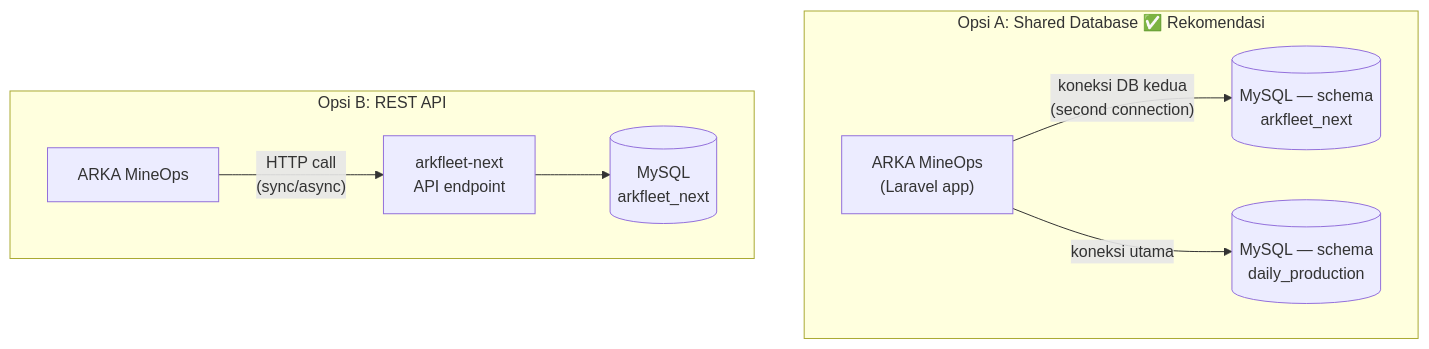
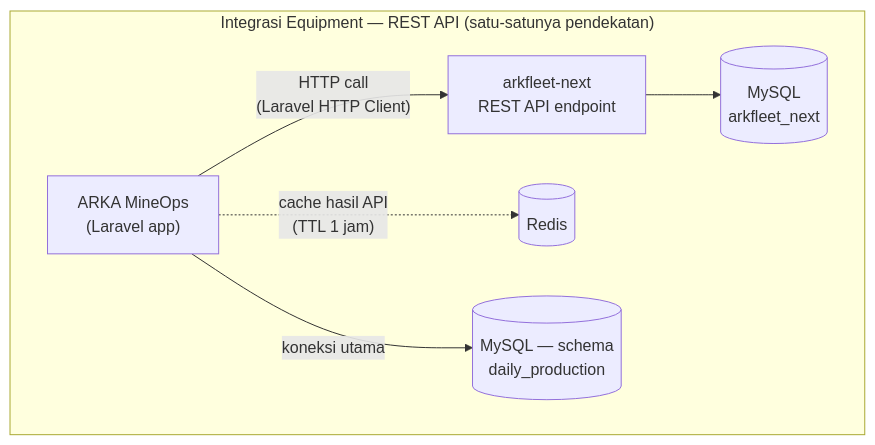
Before and after one commit to rachmanj/daily-production: the third of 11 diagrams in docs/concept.md, drawn with Mermaid. The commit also changed other lines of this file, not shown here.

First line of the commit message:
docs: switch to REST API integration + enterprise-wide multi-site

````diff
--- a/docs/concept.md
+++ b/docs/concept.md
@@ -138,12 +142,9 @@
 ```mermaid
 graph TB
-    subgraph OPT_A["Opsi A: Shared Database ✅ Rekomendasi"]
-        A1["ARKA MineOps<br/>(Laravel app)"] -->|"koneksi DB kedua<br/>(second connection)"| A2[("MySQL — schema<br/>arkfleet_next")]
-        A1 -->|koneksi utama| A3[("MySQL — schema<br/>daily_production")]
-    end
-
-    subgraph OPT_B["Opsi B: REST API"]
-        B1["ARKA MineOps"] -->|"HTTP call<br/>(sync/async)"| B2["arkfleet-next<br/>API endpoint"]
-        B2 --> B3[("MySQL<br/>arkfleet_next")]
+    subgraph FLOW["Integrasi Equipment — REST API (satu-satunya pendekatan)"]
+        A1["ARKA MineOps<br/>(Laravel app)"] -->|"HTTP call<br/>(Laravel HTTP Client)"| A2["arkfleet-next<br/>REST API endpoint"]
+        A2 --> A3[("MySQL<br/>arkfleet_next")]
+        A1 -.->|"cache hasil API<br/>(TTL 1 jam)"| A4[("Redis")]
+        A1 -->|koneksi utama| A5[("MySQL — schema<br/>daily_production")]
     end
 ```
````
